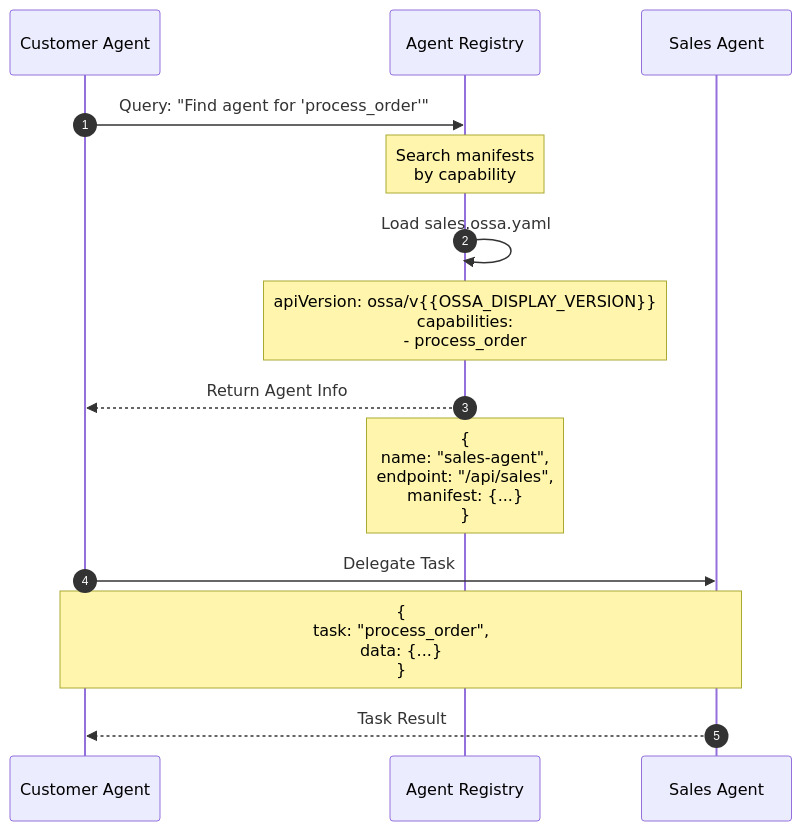
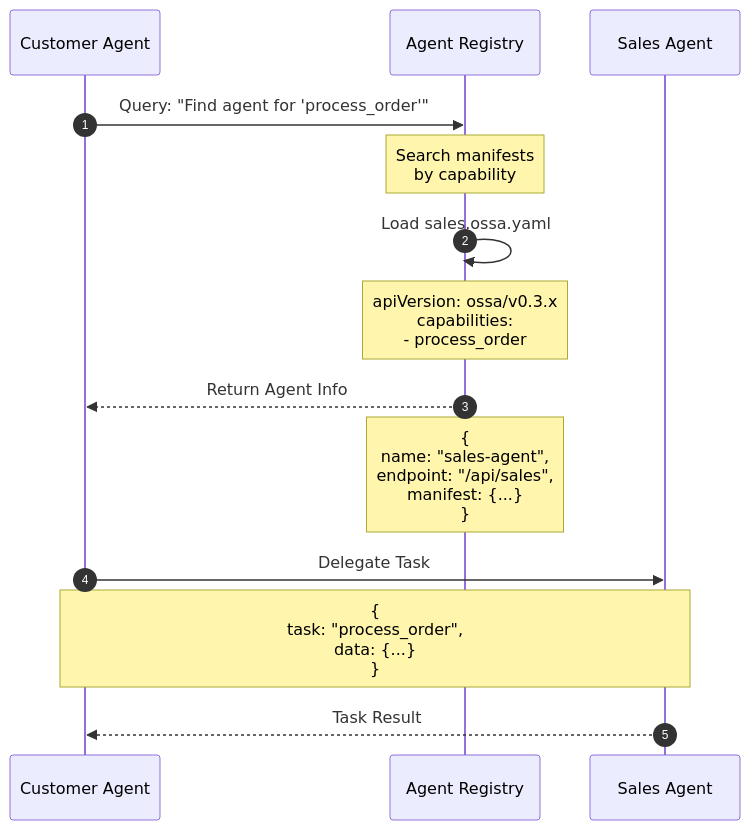
One commit to blueflyio/openstandardagents changed the second of 12 diagrams in website/content/docs/architecture/multi-agent-systems.md. Above: the diagram before and after it, drawn with Mermaid. The commit also changed other lines of this file and 56 other files, not shown here.

````diff
--- a/website/content/docs/architecture/multi-agent-systems.md
+++ b/website/content/docs/architecture/multi-agent-systems.md
@@ -76,21 +76,21 @@
 ```mermaid
 sequenceDiagram
     autonumber
     participant CustomerAgent as Customer Agent
     participant Registry as Agent Registry
     participant SalesAgent as Sales Agent
 
     CustomerAgent->>Registry: Query: "Find agent for 'process_order'"
     Note over Registry: Search manifests<br/>by capability
 
     Registry->>Registry: Load sales.ossa.yaml
-    Note over Registry: apiVersion: ossa/v{{OSSA_DISPLAY_VERSION}}<br/>capabilities:<br/>  - process_order
+    Note over Registry: apiVersion: ossa/v0.3.x<br/>capabilities:<br/>  - process_order
 
     Registry-->>CustomerAgent: Return Agent Info
     Note over Registry: {<br/>  name: "sales-agent",<br/>  endpoint: "/api/sales",<br/>  manifest: {...}<br/>}
 
     CustomerAgent->>SalesAgent: Delegate Task
     Note over CustomerAgent,SalesAgent: {<br/>  task: "process_order",<br/>  data: {...}<br/>}
 
     SalesAgent-->>CustomerAgent: Task Result
 ```
````
